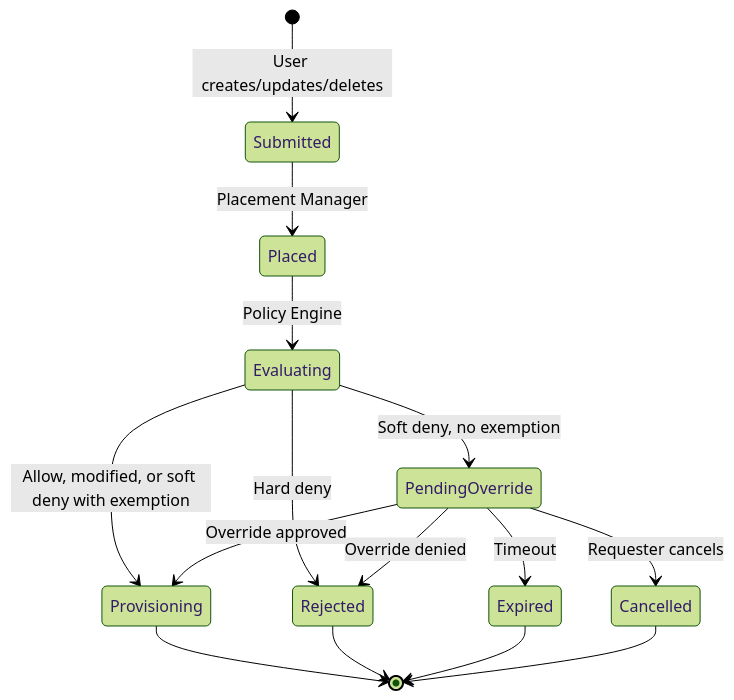
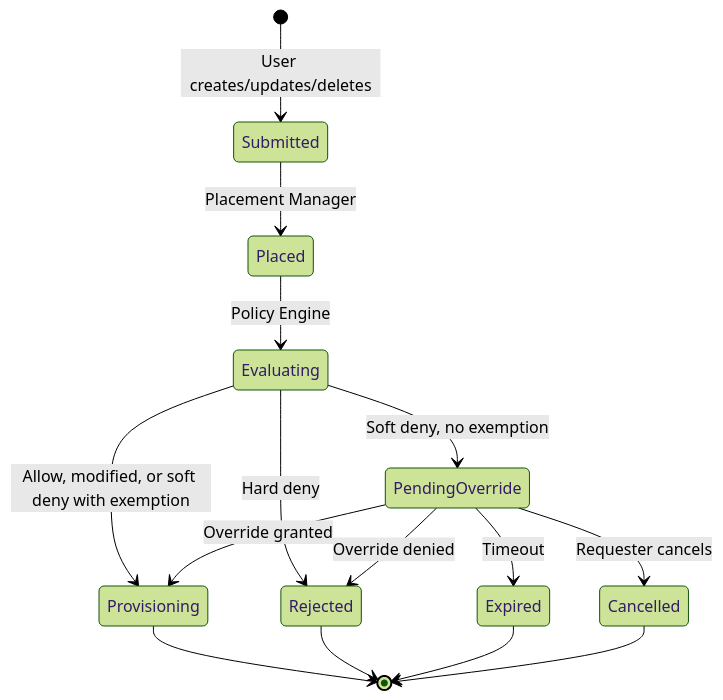
The diagram in enhancements/request-approval/use-cases.md (dcm-project/enhancements), drawn with Mermaid (forest theme) before and after one commit. The commit also changed other lines of this file, not shown here.

````diff
--- a/enhancements/request-approval/use-cases.md
+++ b/enhancements/request-approval/use-cases.md
@@ -21,17 +23,17 @@
 ```mermaid
 stateDiagram-v2
     [*] --> Submitted: User creates/updates/deletes
     Submitted --> Placed: Placement Manager
     Placed --> Evaluating: Policy Engine
     Evaluating --> Provisioning: Allow, modified, or soft deny with exemption
     Evaluating --> Rejected: Hard deny
     Evaluating --> PendingOverride: Soft deny, no exemption
-    PendingOverride --> Provisioning: Override approved
+    PendingOverride --> Provisioning: Override granted
     PendingOverride --> Rejected: Override denied
     PendingOverride --> Expired: Timeout
     PendingOverride --> Cancelled: Requester cancels
     Provisioning --> [*]
     Rejected --> [*]
     Expired --> [*]
     Cancelled --> [*]
 ```
````
